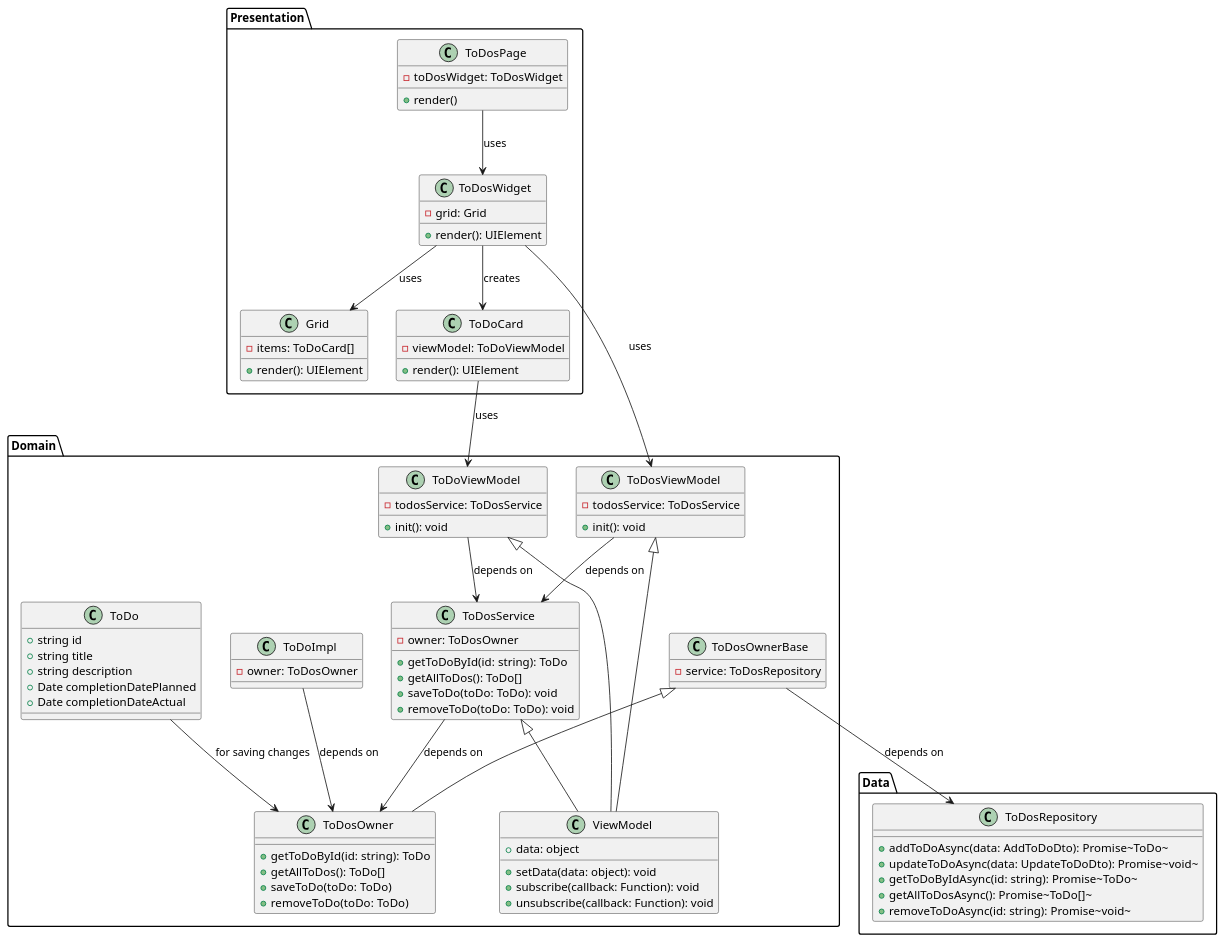
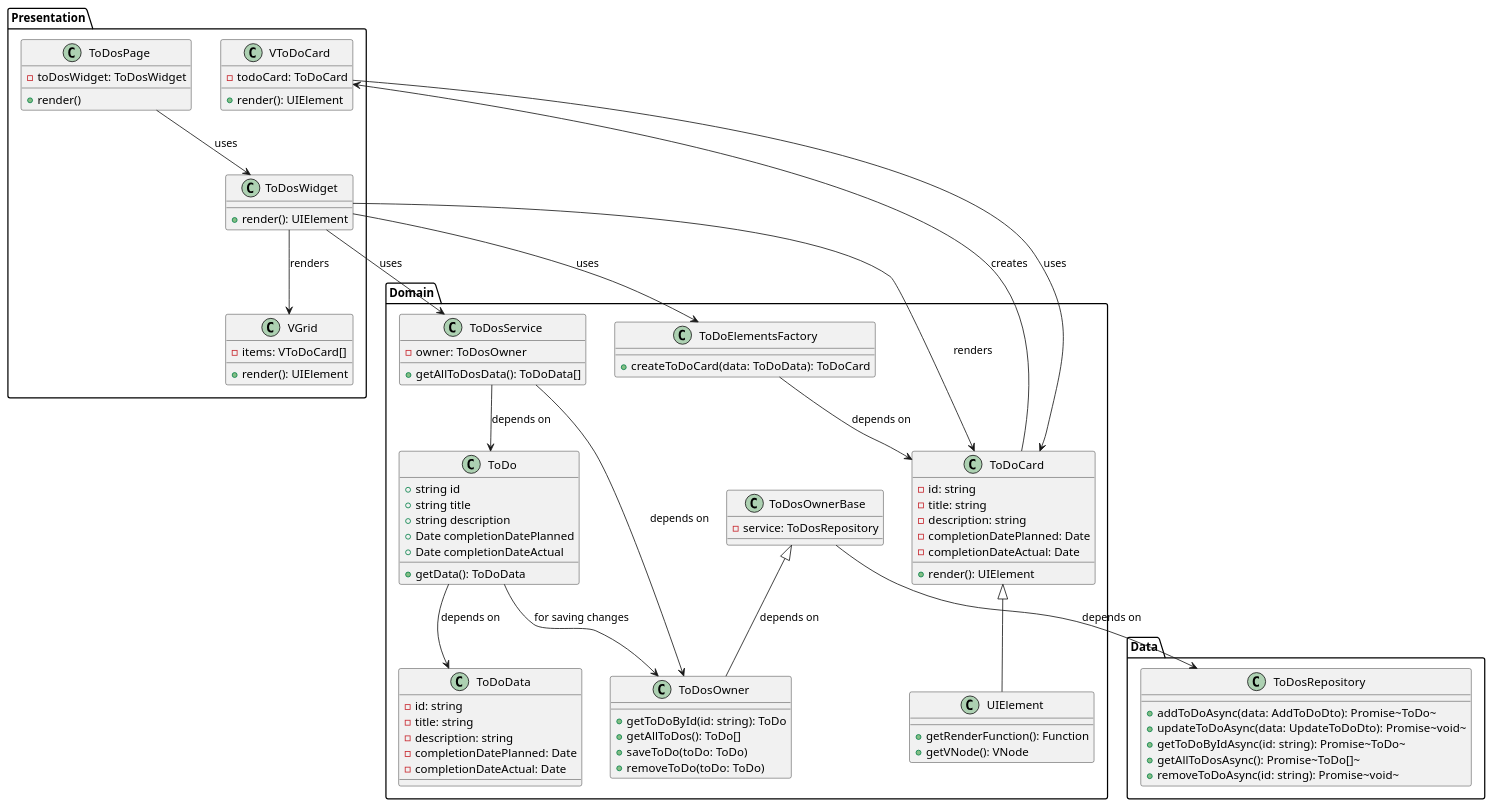
One commit to dtatarkov/todo changed the diagram in Diagrams/Client.puml. Above: the diagram before and after it, drawn with PlantUML.

Commit message:
Updated Client diagram

```diff
--- a/Diagrams/Client.puml
+++ b/Diagrams/Client.puml
@@ -1,103 +1,105 @@
 @startuml
     ' Presentation Layer
     package "Presentation" {
         class ToDosPage {
             -toDosWidget: ToDosWidget
             +render()
         }
 
         class ToDosWidget {
-            -grid: Grid
             +render(): UIElement
         }
 
-        class ToDoCard {
-            -viewModel: ToDoViewModel
+        class VToDoCard {
+            -todoCard: ToDoCard
             +render(): UIElement
         }
 
-        class Grid {
-            -items: ToDoCard[]
+        class VGrid {
+            -items: VToDoCard[]
             +render(): UIElement
         }
     }
 
     ' Domain Layer
     package "Domain" {
-        class ToDosViewModel {
-            -todosService: ToDosService
-            +init(): void
+        class ToDoCard {
+            -id: string
+            -title: string
+            -description: string
+            -completionDatePlanned: Date
+            -completionDateActual: Date
+            +render(): UIElement
         }
 
-        class ToDoViewModel {
-            -todosService: ToDosService
-            +init(): void
+        class ToDoData {
+            -id: string
+            -title: string
+            -description: string
+            -completionDatePlanned: Date
+            -completionDateActual: Date
         }
 
-        class ViewModel {
-            +data: object
-            +setData(data: object): void
-            +subscribe(callback: Function): void
-            +unsubscribe(callback: Function): void
+        class ToDoElementsFactory {
+            +createToDoCard(data: ToDoData): ToDoCard
         }
 
-        class ToDoImpl {
-            -owner: ToDosOwner
+        class UIElement {
+            +getRenderFunction(): Function
+            +getVNode(): VNode
         }
 
         class ToDo {
             +string id
             +string title
             +string description
             +Date completionDatePlanned
             +Date completionDateActual            
+            +getData(): ToDoData
         }
 
         class ToDosOwner {
             +getToDoById(id: string): ToDo
             +getAllToDos(): ToDo[]
             +saveToDo(toDo: ToDo)
             +removeToDo(toDo: ToDo)
         }
 
         class ToDosOwnerBase {
             -service: ToDosRepository
         }
         
         class ToDosService {
             -owner: ToDosOwner
-            +getToDoById(id: string): ToDo
-            +getAllToDos(): ToDo[]
-            +saveToDo(toDo: ToDo): void
-            +removeToDo(toDo: ToDo): void
+            +getAllToDosData(): ToDoData[]
         }
     }
 
     ' Data Layer
     package "Data" {
         class ToDosRepository {
             +addToDoAsync(data: AddToDoDto): Promise~ToDo~
             +updateToDoAsync(data: UpdateToDoDto): Promise~void~
             +getToDoByIdAsync(id: string): Promise~ToDo~
             +getAllToDosAsync(): Promise~ToDo[]~
             +removeToDoAsync(id: string): Promise~void~
         }
     }
 
     ' Зависимости между слоями
     ToDosPage --> ToDosWidget : uses
-    ToDosWidget --> ToDoCard : creates
-    ToDosWidget --> Grid : uses
-    ToDosWidget --> ToDosViewModel : uses
-    ToDoCard --> ToDoViewModel : uses
-    ToDosViewModel --> ToDosService : depends on
-    ToDoViewModel --> ToDosService : depends on
+    ToDosWidget --> ToDosService : uses
+    ToDoCard --> VToDoCard : creates
+    VToDoCard --> ToDoCard : uses
+    ToDosWidget --> VGrid : renders
     ToDosService --> ToDosOwner : depends on
+    ToDosService --> ToDo : depends on
+    ToDosWidget --> ToDoElementsFactory : uses
+    ToDosWidget --> ToDoCard : renders
+    ToDoElementsFactory --> ToDoCard : depends on
     ToDosOwnerBase --> ToDosRepository : depends on
     ToDo --> ToDosOwner : for saving changes
-    ToDoImpl --> ToDosOwner : depends on
-    ToDosOwnerBase <|-- ToDosOwner
-    ToDosViewModel <|-- ViewModel
-    ToDoViewModel <|-- ViewModel
-    ToDosService <|-- ViewModel
+    ToDo --> ToDoData : depends on
+    ToDoCard <|-- UIElement
+    ToDosOwnerBase <|-- ToDosOwner : depends on
 @enduml
```
